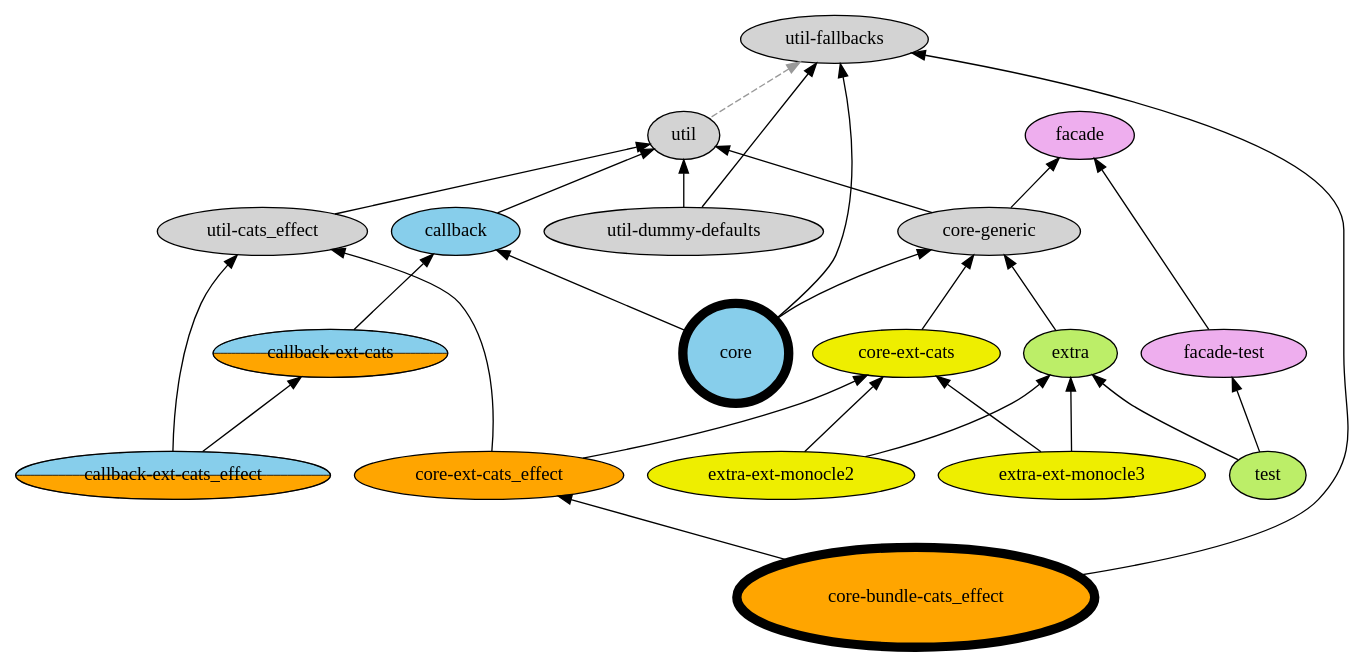
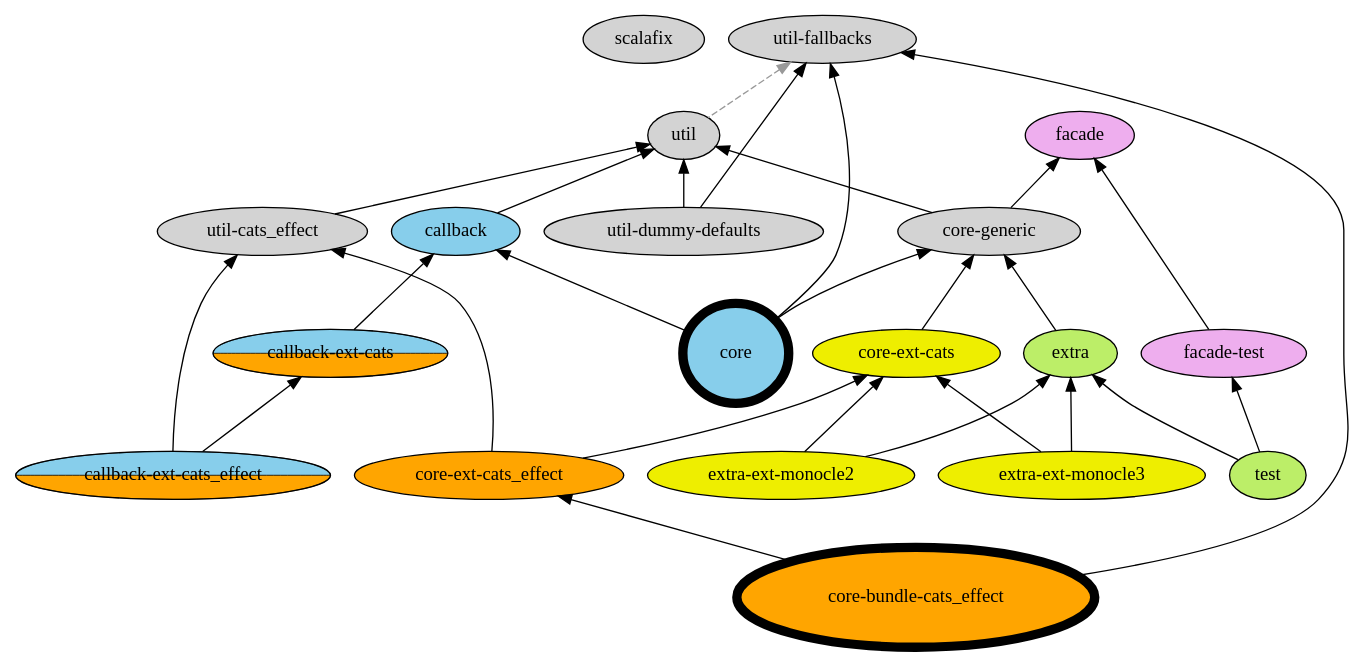
One commit to japgolly/scalajs-react changed the diagram in doc/modules.gv. Above: the diagram before and after it, drawn with Graphviz. The commit also changed 3 other files, not shown here.

```diff
--- a/doc/modules.gv
+++ b/doc/modules.gv
@@ -1,53 +1,54 @@
 digraph G {
   edge[dir=back]
 
   node[style=filled] {
+    scalafix
     utilCE [label="util-cats_effect"]
     utilDD [label="util-dummy-defaults"]
     utilFallbacks [label="util-fallbacks"]
     coreGeneric [label="core-generic"]
 
     node[fillcolor=plum2]
     facade
     facadeTest [label="facade-test"]
 
     node[fillcolor=darkolivegreen2]
     extra
     testUtil [label="test"]
 
     node[fillcolor=skyblue]
     callback
     core [style="bold,filled" penwidth=7 label=" \n core \n "]
 
     node[fillcolor=yellow2]
     cats [label="core-ext-cats"]
     monocle2 [label="extra-ext-monocle2"]
     monocle3 [label="extra-ext-monocle3"]
 
     node[fillcolor=orange]
     catsEffect [label="core-ext-cats_effect"]
     coreCE [style="bold,filled" penwidth=7 label=" \n core-bundle-cats_effect \n "]
 
     node[style="rounded,wedged" fillcolor="skyblue:orange"]
     catsC [label="callback-ext-cats"]
     catsEffectC [label="callback-ext-cats_effect"]
   }
 
   util,utilFallbacks -> utilDD
   // utilDD -> cats,catsEffect,coreGeneric,extra,monocle2,monocle3,test [style=dashed color="red"]
 
   utilFallbacks -> util [style=dashed color="#999999"]
   util -> utilCE -> catsEffectC,catsEffect
   util -> coreGeneric,callback
   facade -> facadeTest
   callback -> core
   facade -> coreGeneric -> core,extra
   extra,facadeTest -> testUtil
 
   coreGeneric -> cats -> catsEffect
   callback -> catsC
   catsC -> catsEffectC
   cats,extra -> monocle2,monocle3
   catsEffect -> coreCE
   utilFallbacks -> core,coreCE
 }
```
